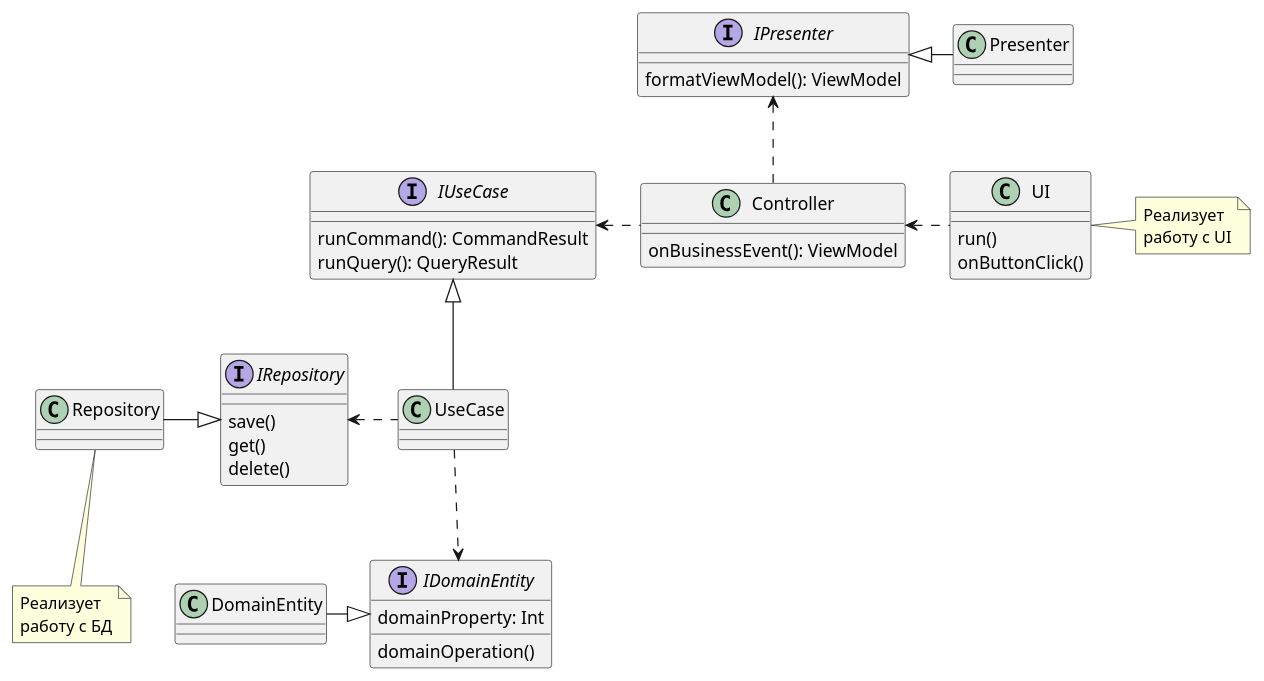
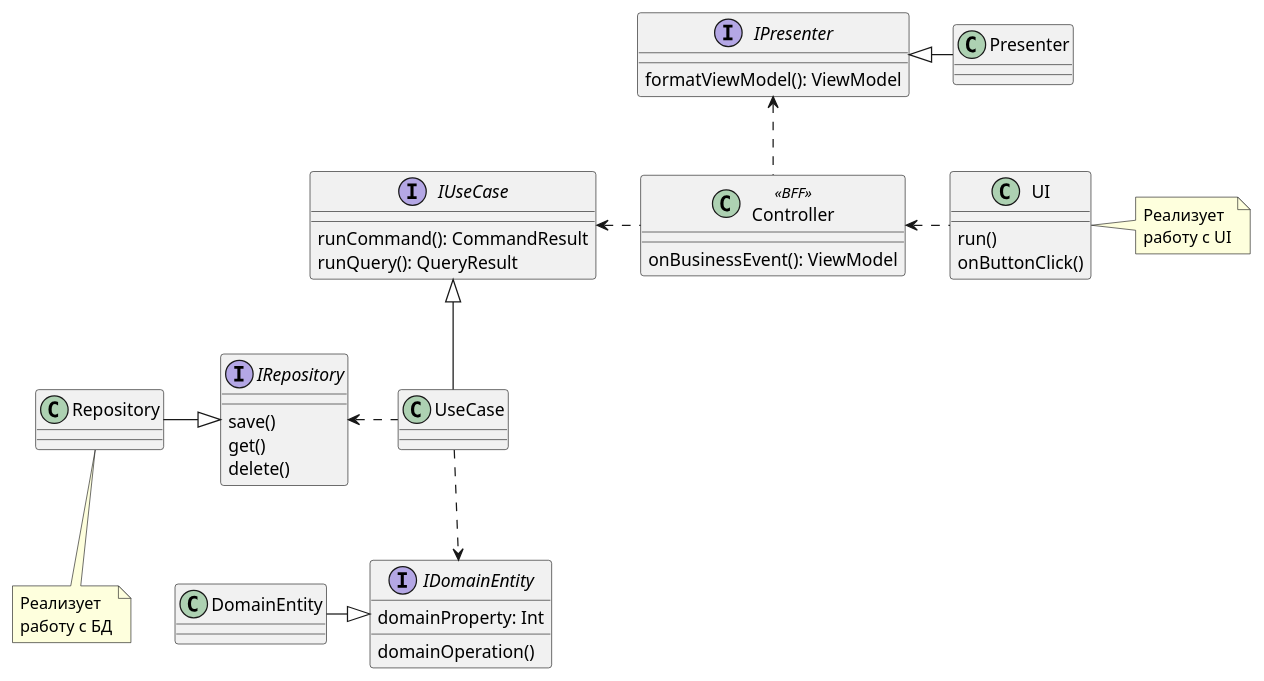
Before and after one commit to mikhailandronov/RoversExercise: the diagram in src/diagrams/CleanArchitecture.puml, drawn with PlantUML. The commit also changed 1 other file, not shown here.

Commit message:
Updated CleanArchitecture.puml - added <BFF> stereotype to Controller

```diff
--- a/src/diagrams/CleanArchitecture.puml
+++ b/src/diagrams/CleanArchitecture.puml
@@ -1,56 +1,56 @@
 @startuml
 'https://plantuml.com/class-diagram
 
 interface IDomainEntity{
     domainProperty: Int
     domainOperation()
 }
 class DomainEntity
 DomainEntity -r-|> IDomainEntity
 
 interface IRepository{
     save()
     get()
     delete()
 }
 
 class Repository
 IRepository <|-l- Repository
 note bottom of Repository: Реализует \nработу с БД
 
 interface IPresenter{
     formatViewModel(): ViewModel
 }
 
 class Presenter{
 
 }
 IPresenter <|-r- Presenter
 
 
 interface IUseCase{
     runCommand(): CommandResult
     runQuery(): QueryResult
 }
 class UseCase
 IUseCase <|-d- UseCase
 
 UseCase ..> IDomainEntity
 
-class Controller{
+class Controller <<BFF>>{
     onBusinessEvent(): ViewModel
 }
 
 Controller .l.> IUseCase
 UseCase .l.> IRepository
 Controller .u.> IPresenter
 
 class UI{
     run()
     onButtonClick()
 }
 note right of UI: Реализует \nработу с UI
 
 UI .l.> Controller
 
 @enduml
```
